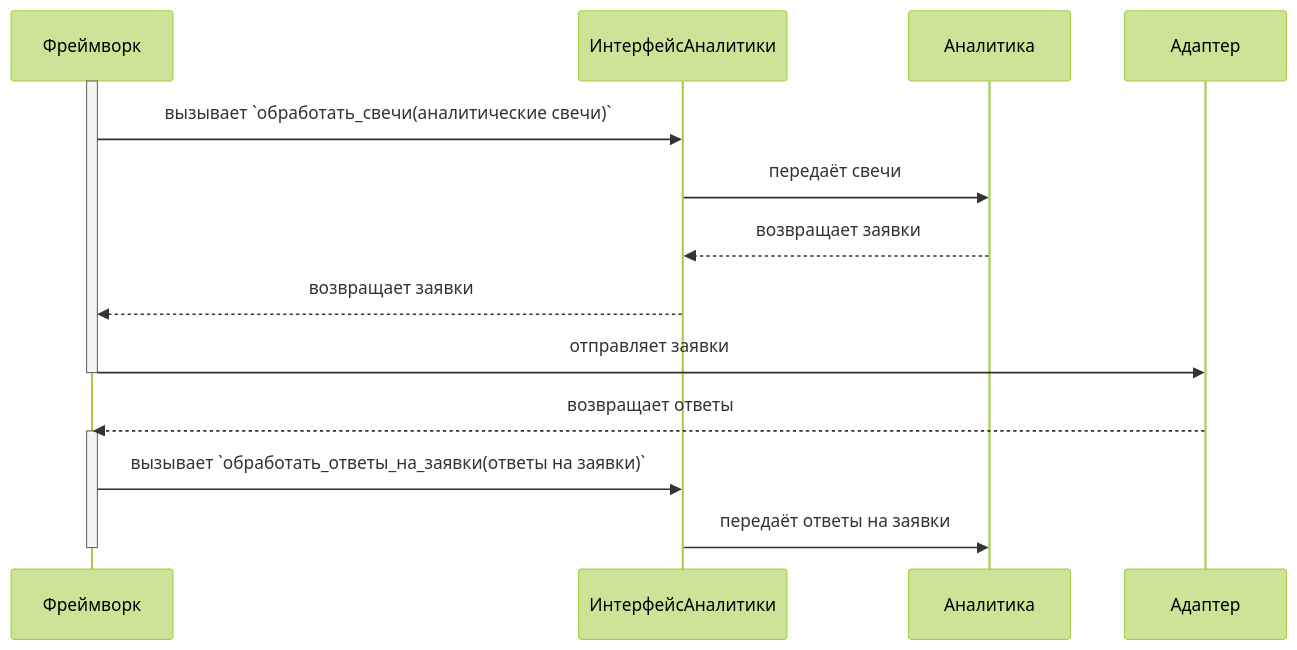
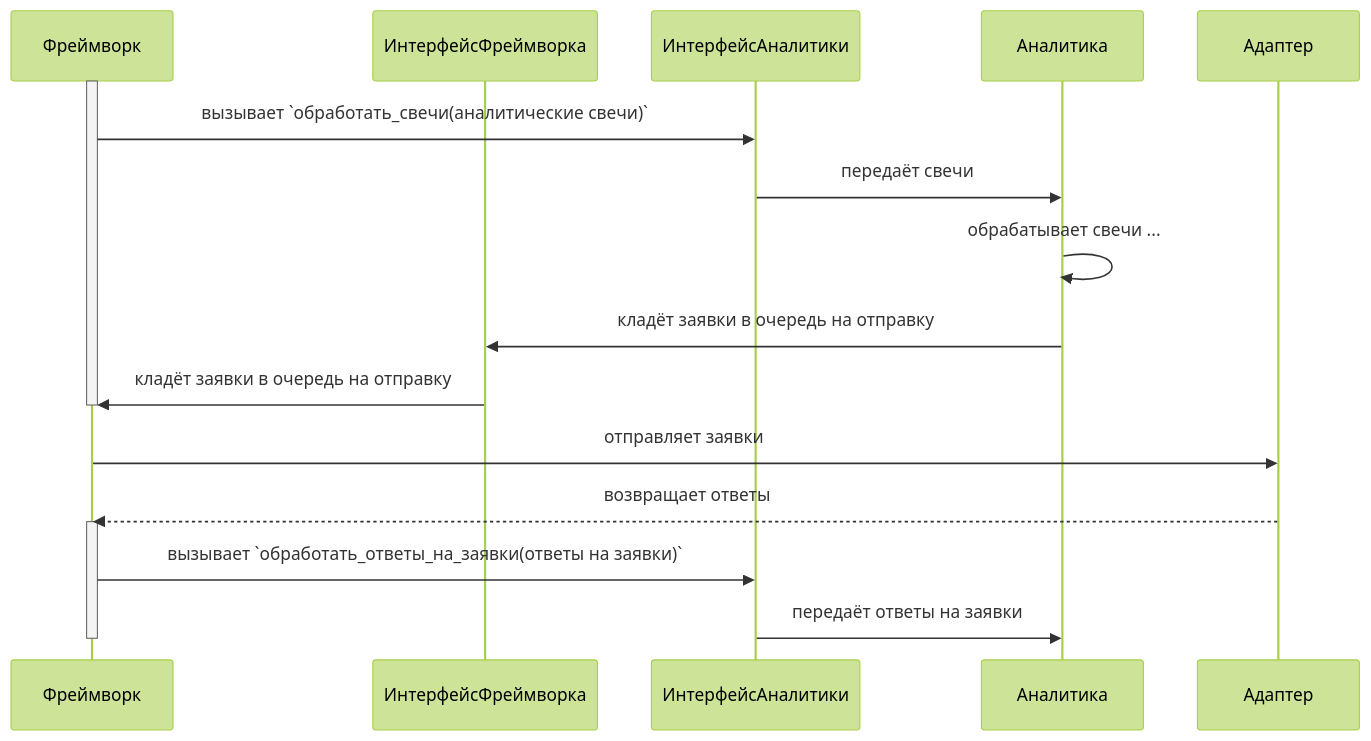
One commit to Marat22/MiriadRobotDocs changed the fifth of 22 diagrams in robot-logic.md. Above: the diagram before and after it, drawn with Mermaid (forest theme). The commit also changed other lines of this file, not shown here.

Commit message:
Аналитика не возвращает заявки в ответ на свечи, а отправляет в процессе обработки свечей

````diff
--- a/robot-logic.md
+++ b/robot-logic.md
@@ -114,20 +114,22 @@
 ```mermaid
 sequenceDiagram
     participant Framework as Фреймворк
+    participant FrameworkInterface as ИнтерфейсФреймворка
     participant AnalyticsInterface as ИнтерфейсАналитики
     participant Analytics as Аналитика
     participant Adapter as Адаптер
 
     activate Framework
     Framework->>AnalyticsInterface: вызывает `обработать_свечи(аналитические свечи)`
     AnalyticsInterface->>Analytics: передаёт свечи
-    Analytics-->>AnalyticsInterface: возвращает заявки
-    AnalyticsInterface-->>Framework: возвращает заявки
+    Analytics->>Analytics: обрабатывает свечи ...
+    Analytics->>FrameworkInterface: кладёт заявки в очередь на отправку
+    FrameworkInterface->>Framework: кладёт заявки в очередь на отправку
+    deactivate Framework
     Framework->>Adapter: отправляет заявки
-    deactivate Framework
     Adapter-->>Framework: возвращает ответы
     activate Framework
     Framework->>AnalyticsInterface: вызывает `обработать_ответы_на_заявки(ответы на заявки)`
     AnalyticsInterface->>Analytics: передаёт ответы на заявки
     deactivate Framework
 ```
````
